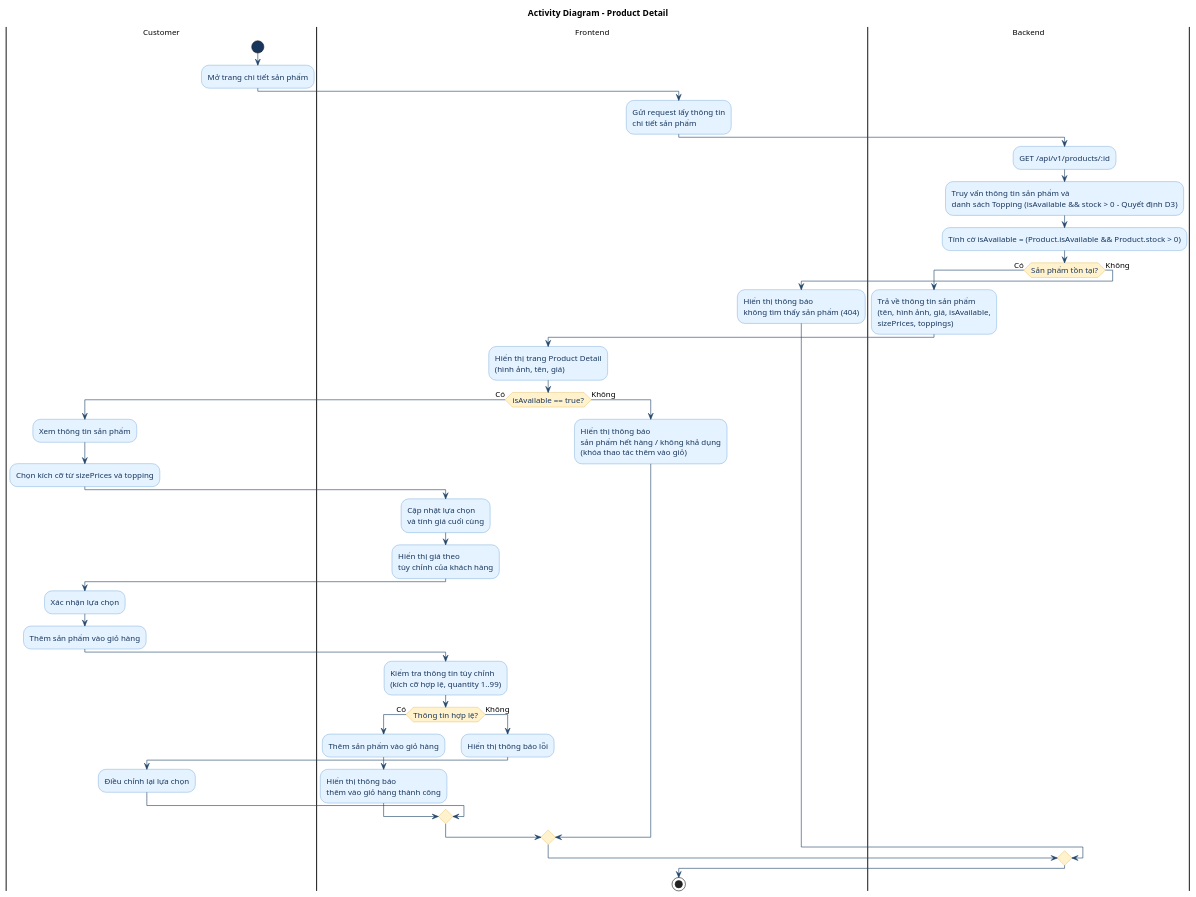
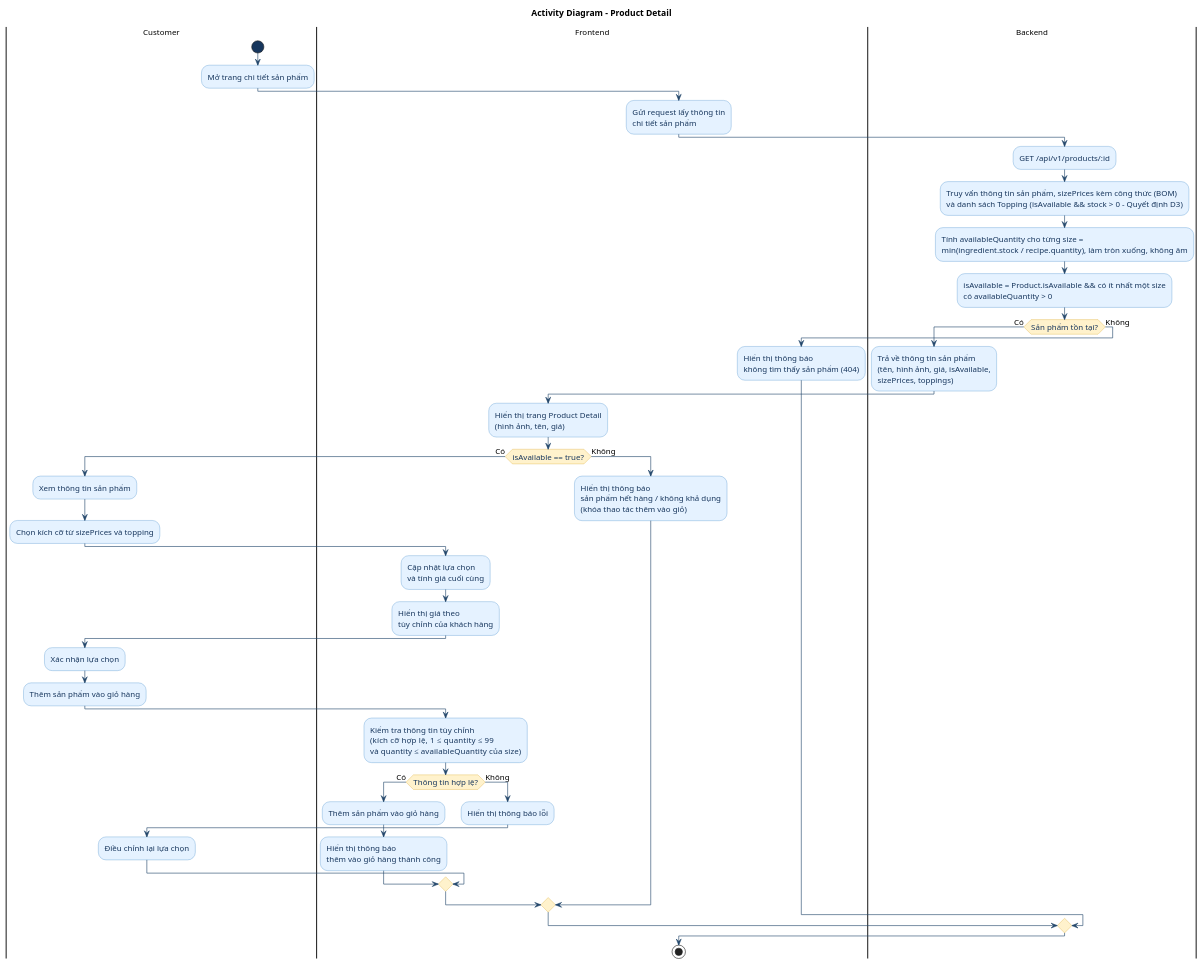
One commit to Call-MeK/BrewLite_assignment_2 changed the diagram in docs/diagrams/activity-product-detail.puml. Above: the diagram before and after it, drawn with PlantUML. The commit also changed 13 other files, not shown here.

```diff
--- a/docs/diagrams/activity-product-detail.puml
+++ b/docs/diagrams/activity-product-detail.puml
@@ -1,87 +1,91 @@
 @startuml
 title Activity Diagram - Product Detail
 
 skinparam backgroundColor white
 skinparam shadowing false
 skinparam defaultFontName Arial
 skinparam defaultFontSize 13
 skinparam ArrowColor #24476B
 
 skinparam activity {
     BackgroundColor #E5F2FF
     BorderColor #3984C6
     FontColor #17365D
     DiamondBackgroundColor #FFF2CC
     DiamondBorderColor #D6A323
     StartColor #17365D
     EndColor #17365D
     BarColor #3984C6
 }
 
 |Customer|
 start
 :Mở trang chi tiết sản phẩm;
 
 |Frontend|
 :Gửi request lấy thông tin
 chi tiết sản phẩm;
 
 |Backend|
 :GET /api/v1/products/:id;
-:Truy vấn thông tin sản phẩm và
-danh sách Topping (isAvailable && stock > 0 - Quyết định D3);
-:Tính cờ isAvailable = (Product.isAvailable && Product.stock > 0);
+:Truy vấn thông tin sản phẩm, sizePrices kèm công thức (BOM)
+và danh sách Topping (isAvailable && stock > 0 - Quyết định D3);
+:Tính availableQuantity cho từng size =
+min(ingredient.stock / recipe.quantity), làm tròn xuống, không âm;
+:isAvailable = Product.isAvailable && có ít nhất một size
+có availableQuantity > 0;
 
 if (Sản phẩm tồn tại?) then (Có)
     :Trả về thông tin sản phẩm
     (tên, hình ảnh, giá, isAvailable,
     sizePrices, toppings);
 
     |Frontend|
     :Hiển thị trang Product Detail
     (hình ảnh, tên, giá);
 
     if (isAvailable == true?) then (Có)
         |Customer|
         :Xem thông tin sản phẩm;
         :Chọn kích cỡ từ sizePrices và topping;
 
         |Frontend|
         :Cập nhật lựa chọn
         và tính giá cuối cùng;
         :Hiển thị giá theo
         tùy chỉnh của khách hàng;
 
         |Customer|
         :Xác nhận lựa chọn;
         :Thêm sản phẩm vào giỏ hàng;
 
         |Frontend|
         :Kiểm tra thông tin tùy chỉnh
-        (kích cỡ hợp lệ, quantity 1..99);
+        (kích cỡ hợp lệ, 1 ≤ quantity ≤ 99
+        và quantity ≤ availableQuantity của size);
 
         if (Thông tin hợp lệ?) then (Có)
             :Thêm sản phẩm vào giỏ hàng;
             :Hiển thị thông báo
             thêm vào giỏ hàng thành công;
         else (Không)
             :Hiển thị thông báo lỗi;
             |Customer|
             :Điều chỉnh lại lựa chọn;
         endif
 
     else (Không)
         |Frontend|
         :Hiển thị thông báo
         sản phẩm hết hàng / không khả dụng
         (khóa thao tác thêm vào giỏ);
     endif
 
 else (Không)
     |Frontend|
     :Hiển thị thông báo
     không tìm thấy sản phẩm (404);
 endif
 
 stop
 @enduml
```
